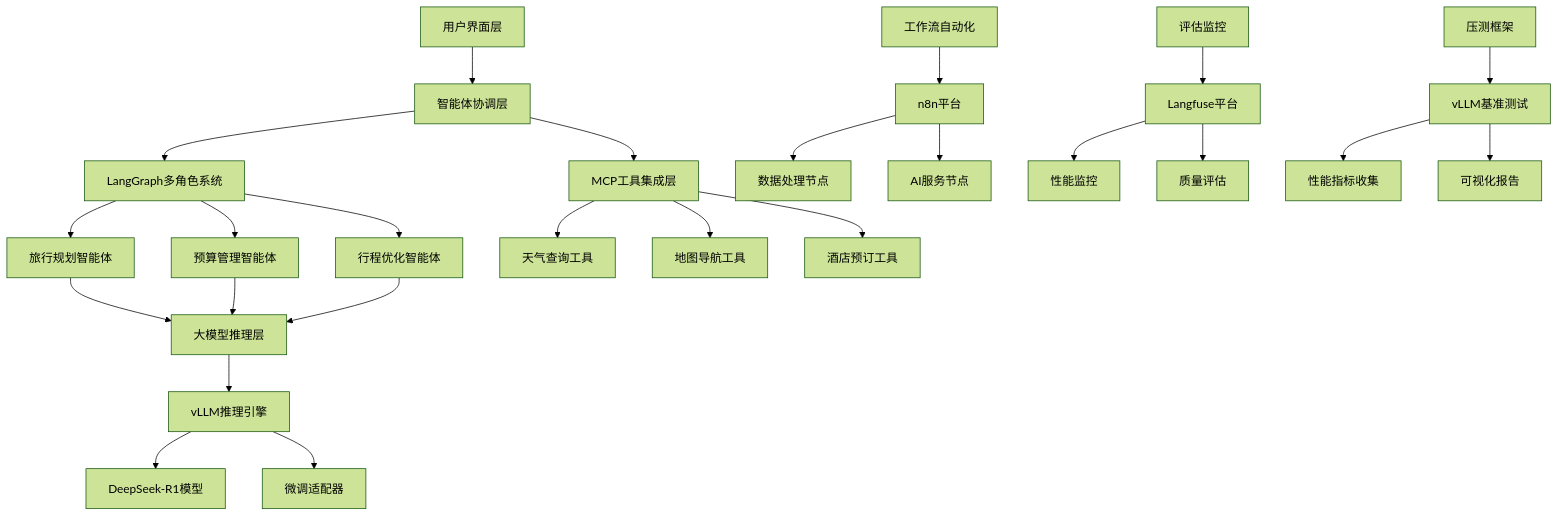
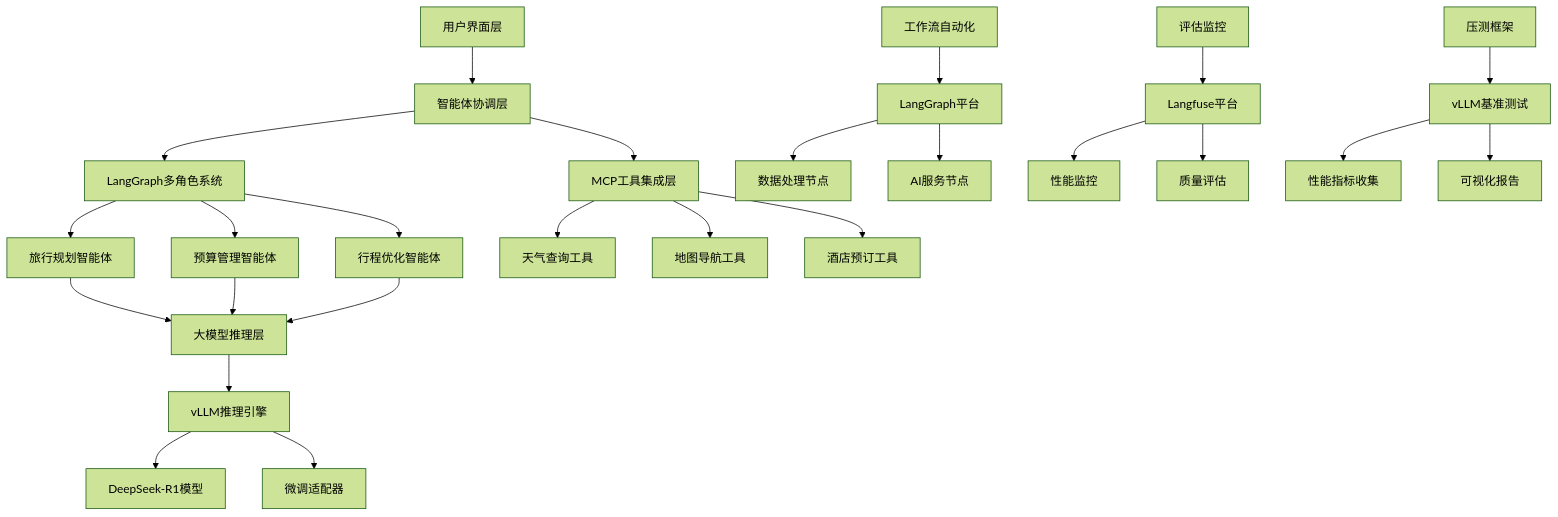
The diagram in README.md (FlyAIBox/Agent_In_Action), drawn with Mermaid (forest theme) before and after one commit. The commit also changed other lines of this file and 1 other file, not shown here.

````diff
--- a/README.md
+++ b/README.md
@@ -153,34 +153,34 @@
 ```mermaid
 graph TB
     A[用户界面层] --> B[智能体协调层]
     B --> C[LangGraph多角色系统]
     B --> D[MCP工具集成层]
     
     C --> E[旅行规划智能体]
     C --> F[预算管理智能体]
     C --> G[行程优化智能体]
     
     D --> H[天气查询工具]
     D --> I[地图导航工具]
     D --> J[酒店预订工具]
     
     E --> K[大模型推理层]
     F --> K
     G --> K
     
     K --> L[vLLM推理引擎]
     L --> M[DeepSeek-R1模型]
     L --> N[微调适配器]
     
-    O[工作流自动化] --> P[n8n平台]
+    O[工作流自动化] --> P[LangGraph平台]
     P --> Q[数据处理节点]
     P --> R[AI服务节点]
     
     S[评估监控] --> T[Langfuse平台]
     T --> U[性能监控]
     T --> V[质量评估]
     
     W[压测框架] --> X[vLLM基准测试]
     X --> Y[性能指标收集]
     X --> Z[可视化报告]
 ```
````
